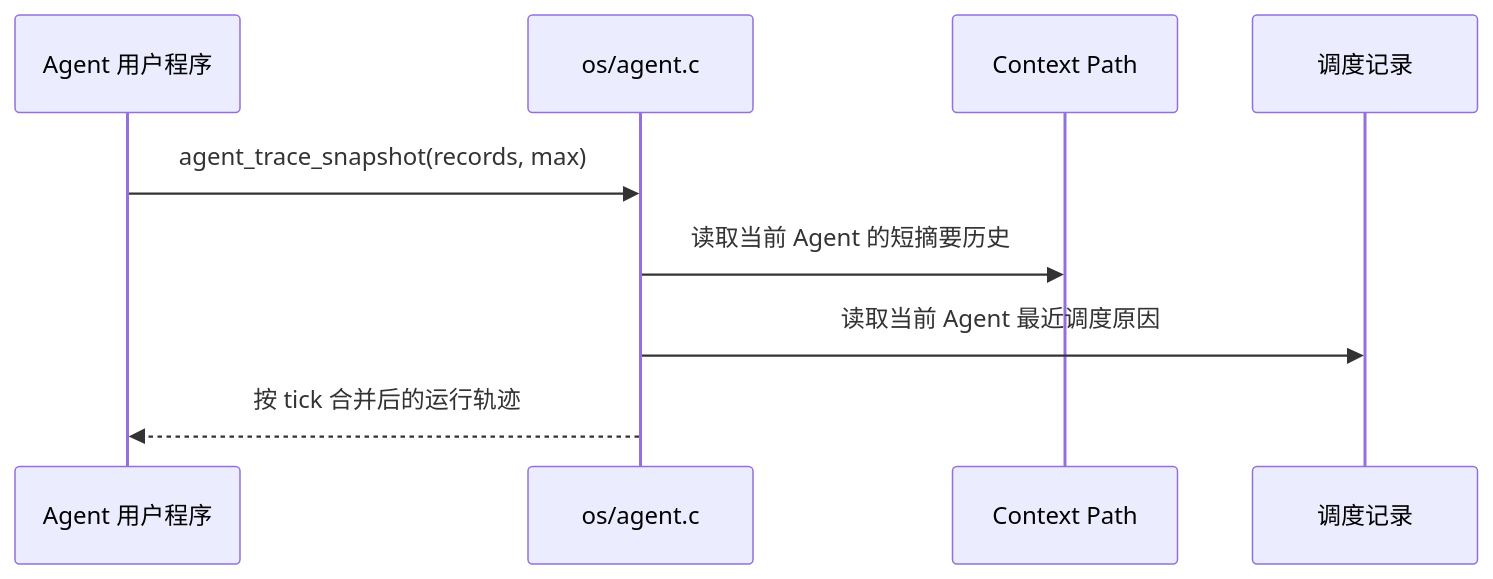
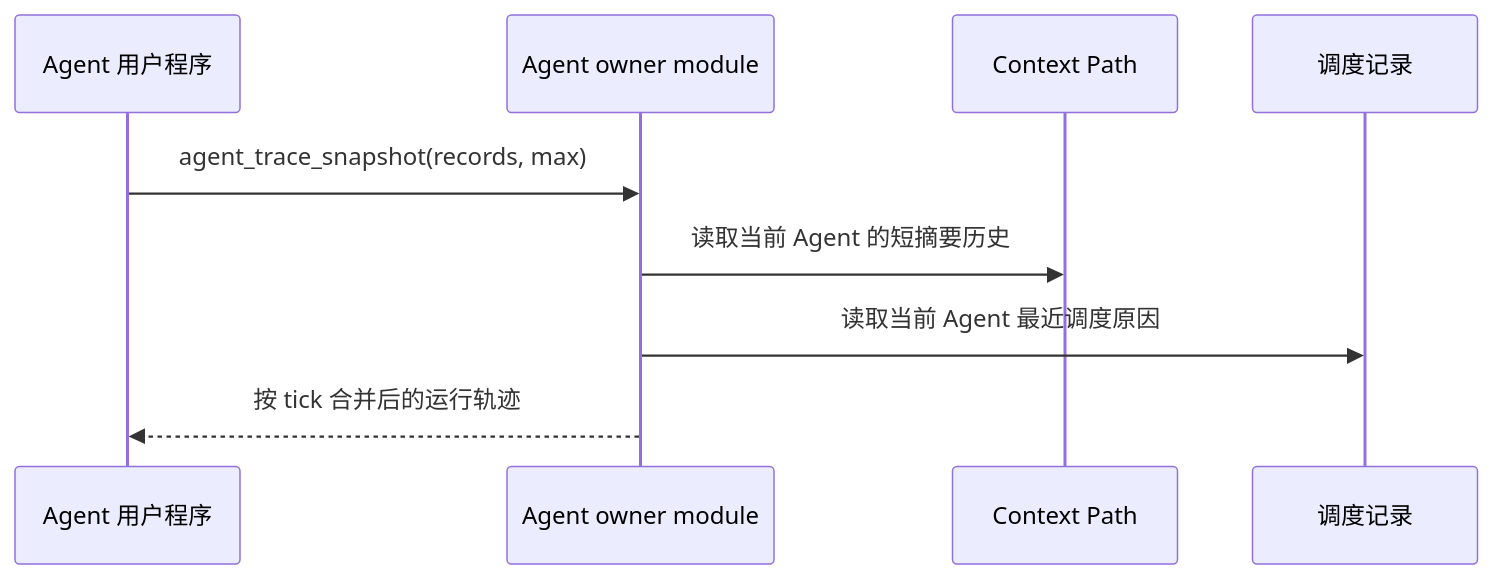
The sixth of 11 diagrams in docs/agentos/design.md (yushugulao/Agent-OS), drawn with Mermaid before and after one commit. The commit also changed other lines of this file and 75 other files, not shown here.

````diff
--- a/docs/agentos/design.md
+++ b/docs/agentos/design.md
@@ -252,11 +270,11 @@
 ```mermaid
 sequenceDiagram
     participant U as Agent 用户程序
-    participant A as os/agent.c
+    participant A as Agent owner module
     participant C as Context Path
     participant R as 调度记录
     U->>A: agent_trace_snapshot(records, max)
     A->>C: 读取当前 Agent 的短摘要历史
     A->>R: 读取当前 Agent 最近调度原因
     A-->>U: 按 tick 合并后的运行轨迹
 ```
````
